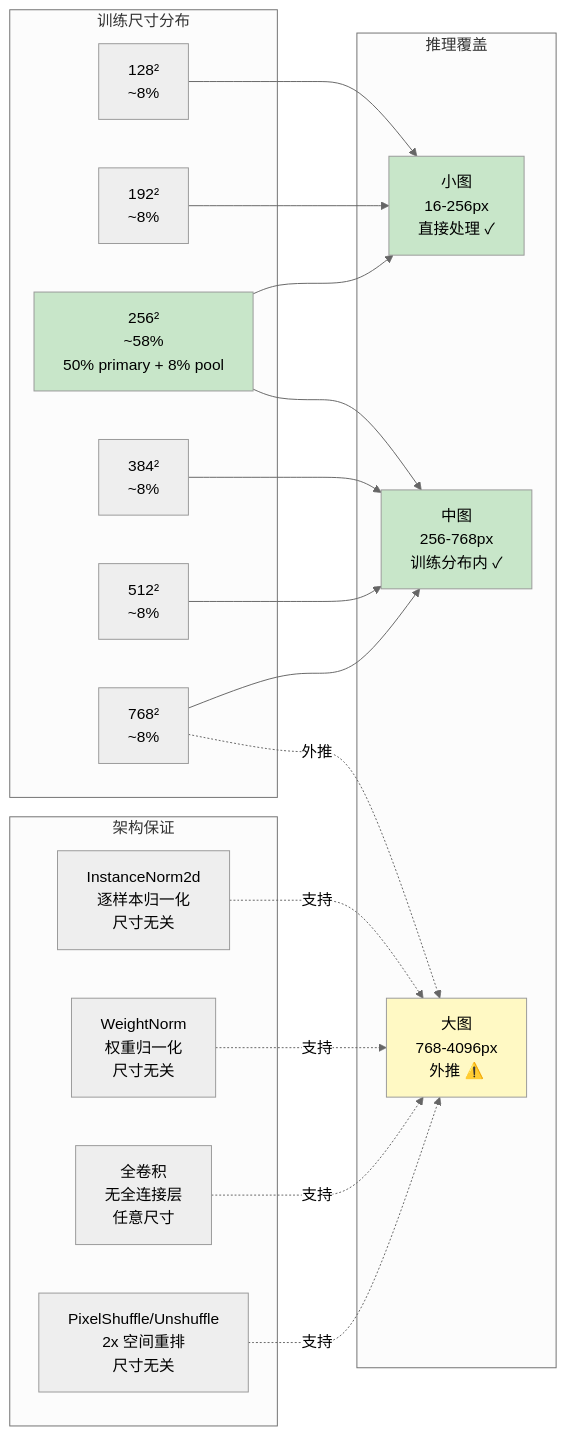
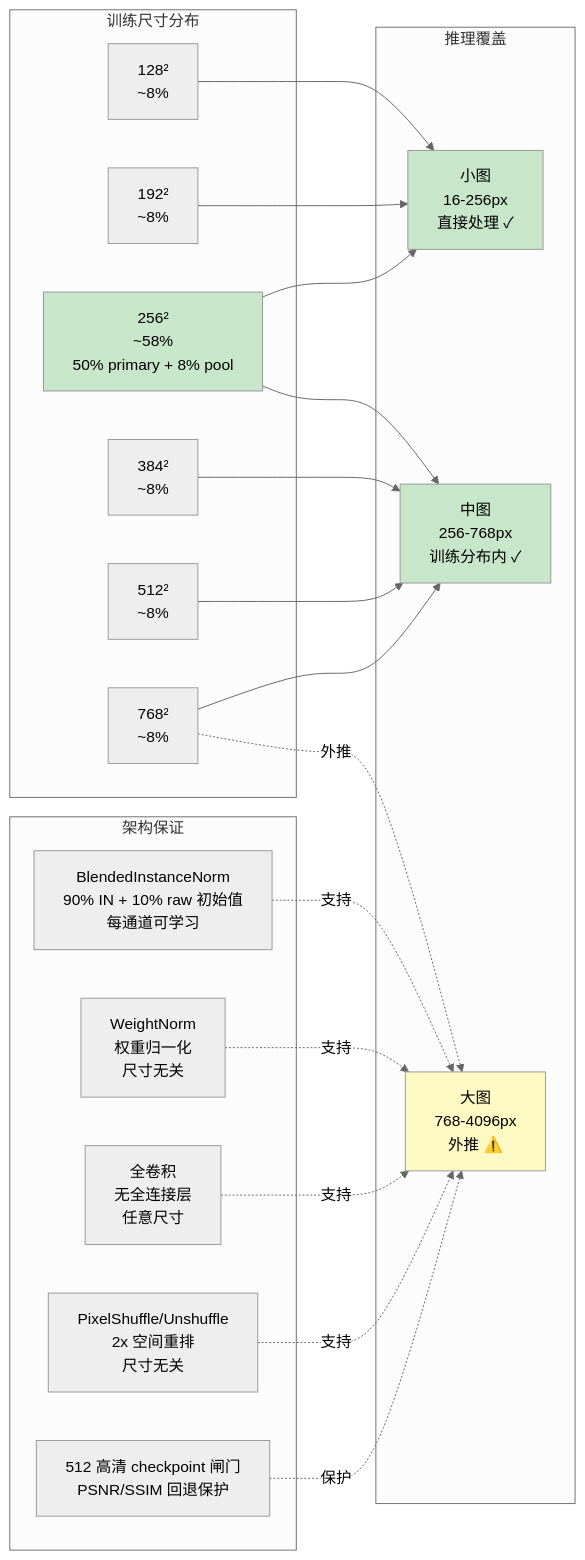
Before and after one commit to novvoo/kakeya-vae: diagram 15 of 19 in docs/architecture.md, drawn with Mermaid (neutral theme). The commit also changed other lines of this file and 6 other files, not shown here.

````diff
--- a/docs/architecture.md
+++ b/docs/architecture.md
@@ -696,43 +732,45 @@
 ```mermaid
 graph LR
     subgraph 训练尺寸分布
         S128[128²<br/>~8%]
         S192[192²<br/>~8%]
         S256[256²<br/>~58%<br/>50% primary + 8% pool]
         S384[384²<br/>~8%]
         S512[512²<br/>~8%]
         S768[768²<br/>~8%]
     end
 
     subgraph 推理覆盖
         I_SMALL[小图<br/>16-256px<br/>直接处理 ✓]
         I_MED[中图<br/>256-768px<br/>训练分布内 ✓]
         I_LARGE[大图<br/>768-4096px<br/>外推 ⚠️]
     end
 
     S128 --> I_SMALL
     S192 --> I_SMALL
     S256 --> I_SMALL
     S256 --> I_MED
     S384 --> I_MED
     S512 --> I_MED
     S768 --> I_MED
     S768 -.->|外推| I_LARGE
 
     subgraph 架构保证
-        ARCH1[InstanceNorm2d<br/>逐样本归一化<br/>尺寸无关]
+        ARCH1[BlendedInstanceNorm<br/>90% IN + 10% raw 初始值<br/>每通道可学习]
         ARCH2[WeightNorm<br/>权重归一化<br/>尺寸无关]
         ARCH3[全卷积<br/>无全连接层<br/>任意尺寸]
         ARCH4[PixelShuffle/Unshuffle<br/>2x 空间重排<br/>尺寸无关]
+        ARCH5[512 高清 checkpoint 闸门<br/>PSNR/SSIM 回退保护]
     end
 
     ARCH1 -.->|支持| I_LARGE
     ARCH2 -.->|支持| I_LARGE
     ARCH3 -.->|支持| I_LARGE
     ARCH4 -.->|支持| I_LARGE
+    ARCH5 -.->|保护| I_LARGE
 
     style S256 fill:#c8e6c9
     style I_SMALL fill:#c8e6c9
     style I_MED fill:#c8e6c9
     style I_LARGE fill:#fff9c4
 ```
````
